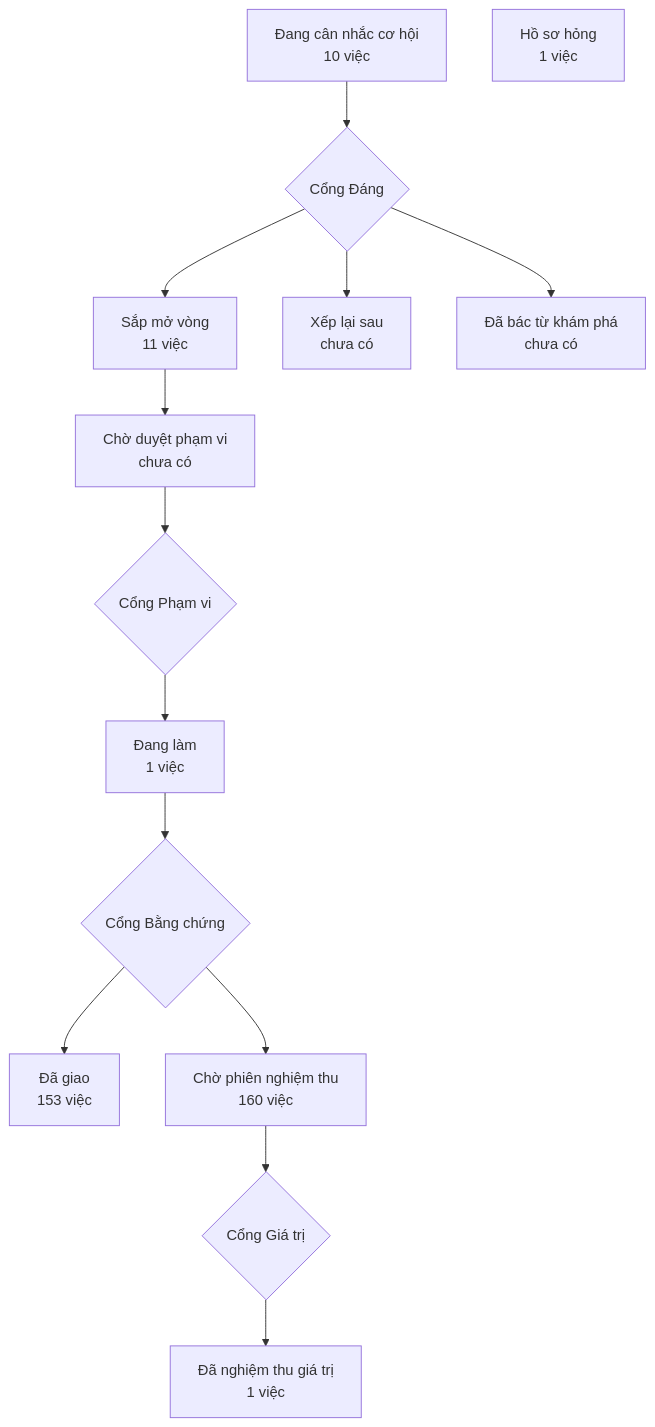
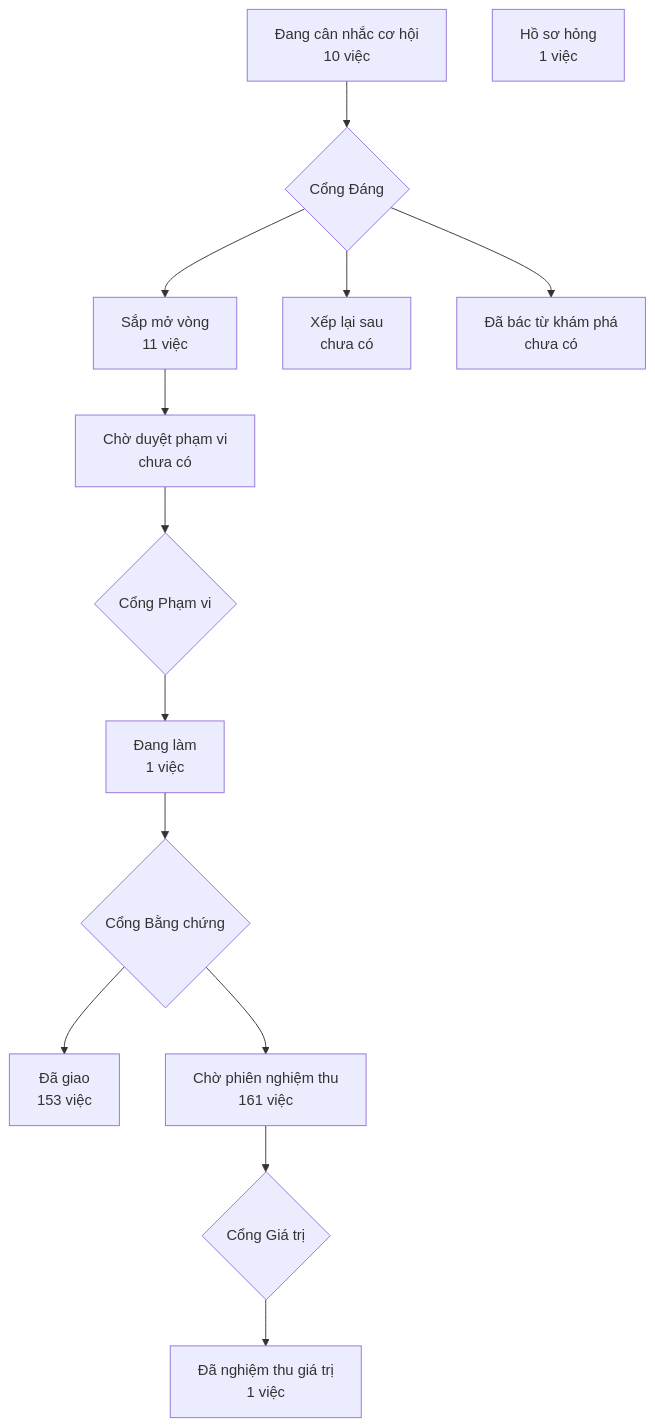
One commit to phanlemanh/crm-onehub changed the diagram in PRODUCT-MAP.md. Above: the diagram before and after it, drawn with Mermaid. The commit also changed other lines of this file and 1 other file, not shown here.

Commit message:
chore: vẽ lại bản đồ sản phẩm từ bản sạch sau chữ ký VK13

````diff
--- a/PRODUCT-MAP.md
+++ b/PRODUCT-MAP.md
@@ -7,13 +7,13 @@
 ```mermaid
 flowchart TD
   A["Đang cân nhắc cơ hội<br/>10 việc"] --> GD{"Cổng Đáng"}
   GD --> B["Sắp mở vòng<br/>11 việc"]
   GD --> XL["Xếp lại sau<br/>chưa có"]
   GD --> DB["Đã bác từ khám phá<br/>chưa có"]
   B --> CD["Chờ duyệt phạm vi<br/>chưa có"] --> GP{"Cổng Phạm vi"}
   GP --> DL["Đang làm<br/>1 việc"] --> GB{"Cổng Bằng chứng"}
   GB --> DG["Đã giao<br/>153 việc"]
-  GB --> CN["Chờ phiên nghiệm thu<br/>160 việc"] --> GG{"Cổng Giá trị"}
+  GB --> CN["Chờ phiên nghiệm thu<br/>161 việc"] --> GG{"Cổng Giá trị"}
   GG --> NT["Đã nghiệm thu giá trị<br/>1 việc"]
   HS["Hồ sơ hỏng<br/>1 việc"]
 ```
````
